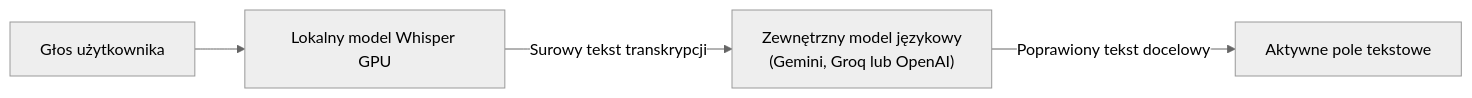
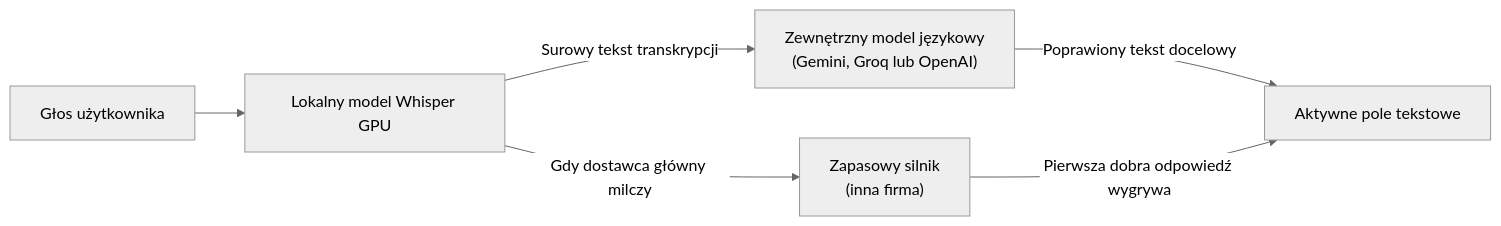
Before and after one commit to sooony/Whiscribe: the third of 3 diagrams in README.md, drawn with Mermaid (neutral theme). The commit also changed other lines of this file and 8 other files, not shown here.

````diff
--- a/README.md
+++ b/README.md
@@ -86,6 +86,8 @@
 ```mermaid
 flowchart LR
     A["Głos użytkownika"] --> B["Lokalny model Whisper GPU"]
     B -->|"Surowy tekst transkrypcji"| C["Zewnętrzny model językowy<br/>(Gemini, Groq lub OpenAI)"]
     C -->|"Poprawiony tekst docelowy"| D["Aktywne pole tekstowe"]
+    B -->|"Gdy dostawca główny milczy"| E["Zapasowy silnik<br/>(inna firma)"]
+    E -->|"Pierwsza dobra odpowiedź wygrywa"| D
 ```
````
